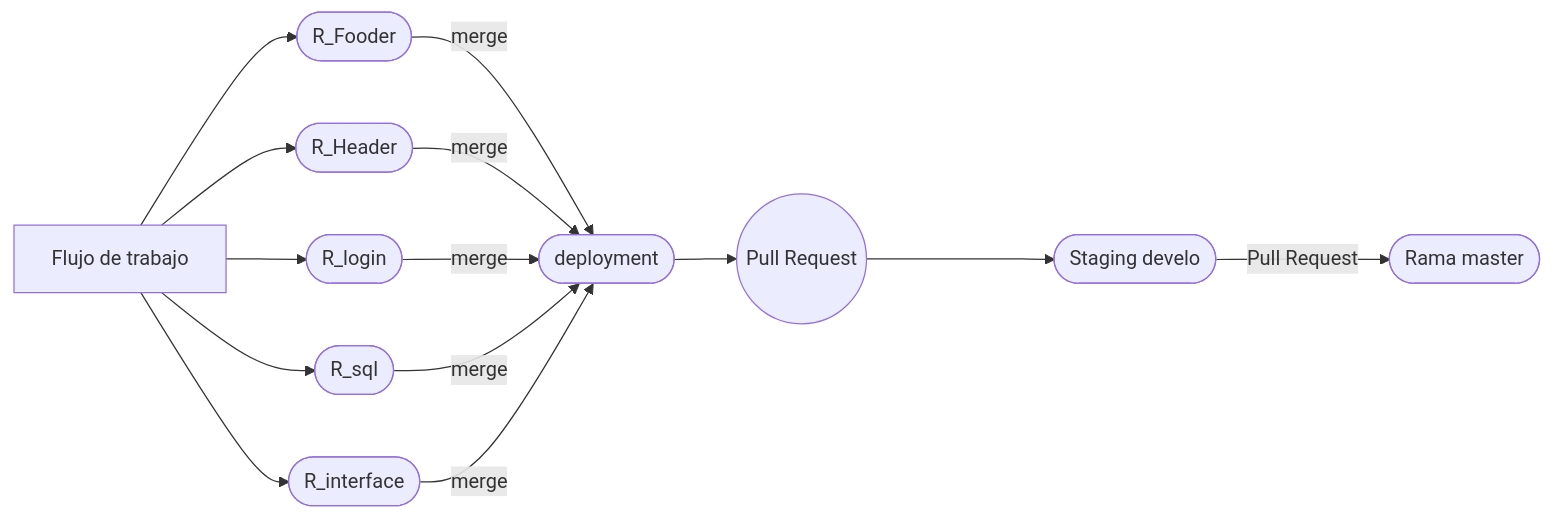
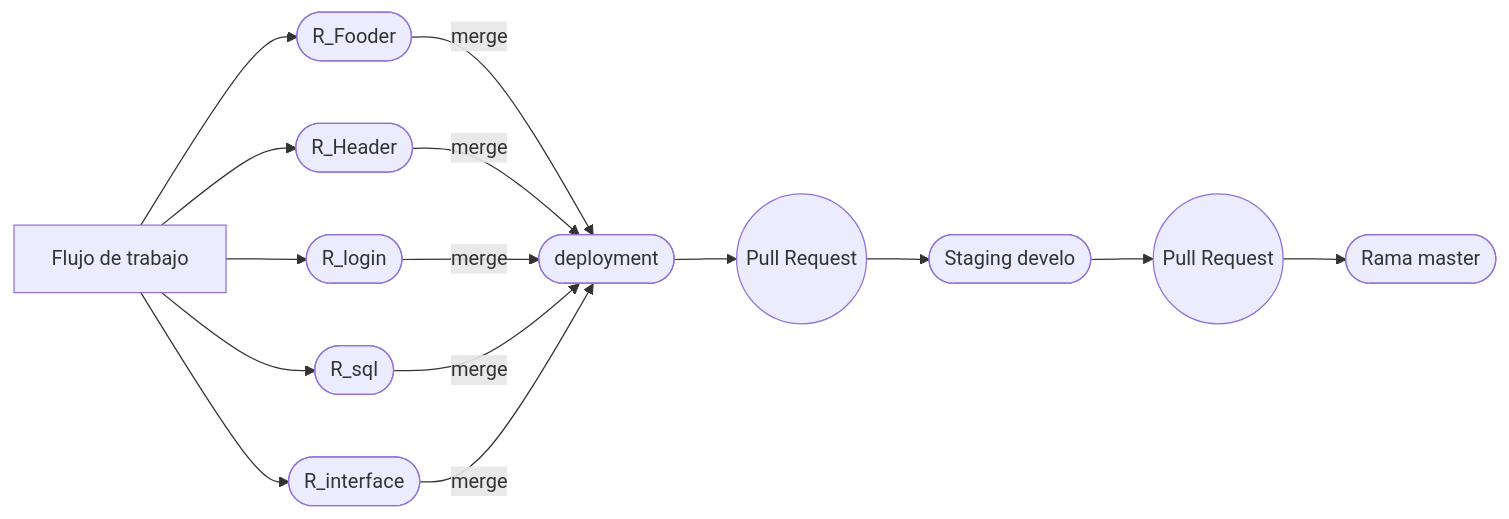
Before and after one commit to dczinil/git: the third of 3 diagrams in Notas_del_curso_de_git.md, drawn with Mermaid.

Commit message:
Trabajando en los graficos de flujo de trebajo p19 nuevo grafico

````diff
--- a/Notas_del_curso_de_git.md
+++ b/Notas_del_curso_de_git.md
@@ -253,10 +253,10 @@
 ```mermaid
 
 graph LR
 A[Flujo de trabajo]-->B([R_Fooder])--merge-->H
 A[Flujo de trabajo]-->C([R_Header])--merge-->H
 A[Flujo de trabajo]-->D([R_login])--merge-->H
 A[Flujo de trabajo]-->E([R_sql])--merge-->H
 A[Flujo de trabajo]-->G([R_interface])--merge-->H
-H([deployment])-->L((Pull Request))---->I([Staging  develo])--Pull Request-->K([Rama master])
+H([deployment])-->L((Pull Request))-->I([Staging  develo])-->O((Pull Request))-->K([Rama master])
 ```
````
